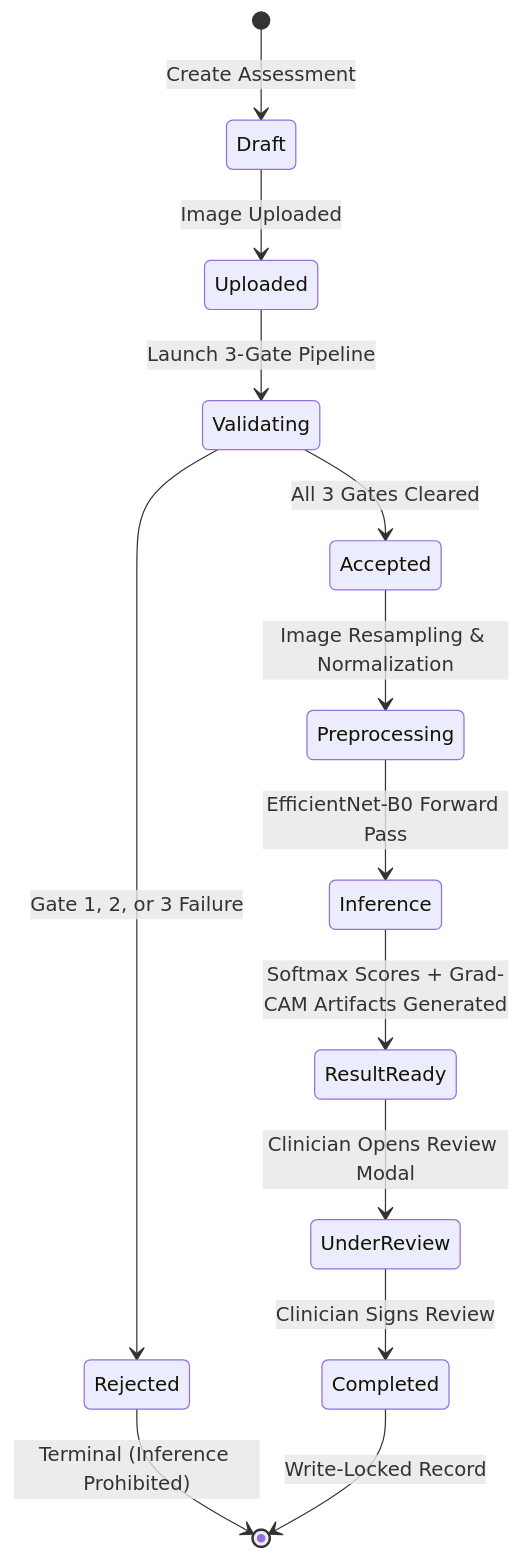
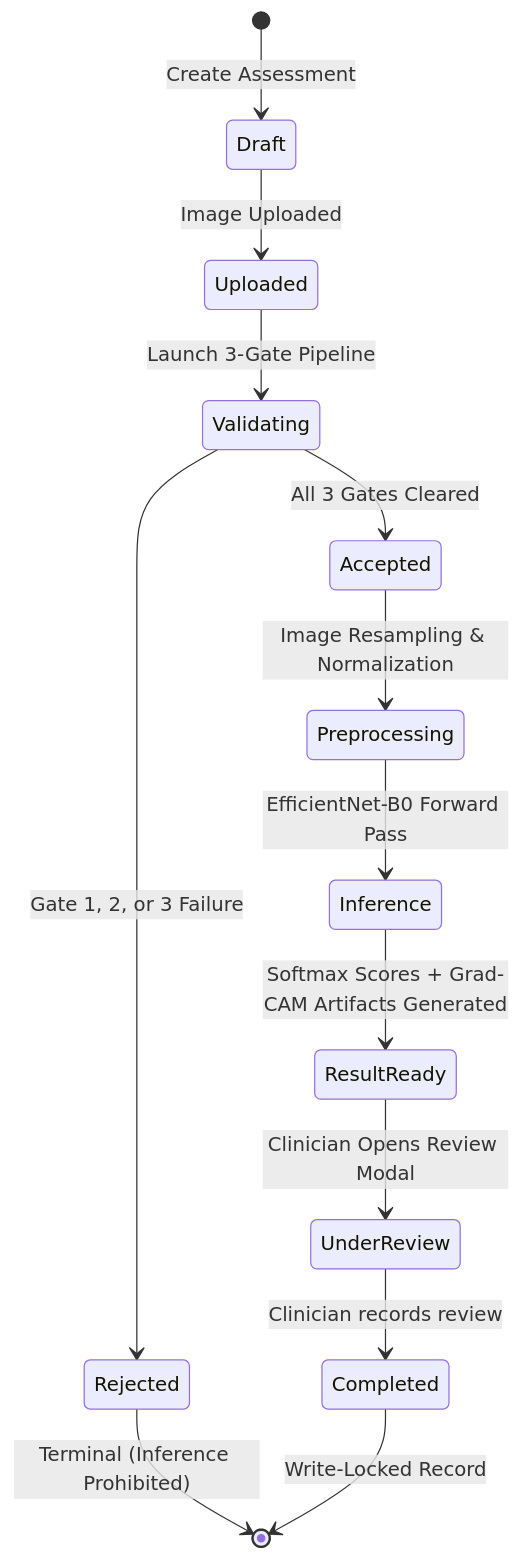
The second of 2 diagrams in docs/chapter4/architecture.md (CloudTechy/diabetic-retinopathy-cdss), drawn with Mermaid before and after one commit. The commit also changed 25 other files, not shown here.

First line of the commit message:
fix(evidence): benchmark summaries match section 1b; result example is the schema; capture script verifies what it photographs [THESIS-QA-71]

````diff
--- a/docs/chapter4/architecture.md
+++ b/docs/chapter4/architecture.md
@@ -119,19 +119,19 @@
 ```mermaid
 stateDiagram-v2
     [*] --> Draft : Create Assessment
     Draft --> Uploaded : Image Uploaded
     Uploaded --> Validating : Launch 3-Gate Pipeline
     
     Validating --> Rejected : Gate 1, 2, or 3 Failure
     Validating --> Accepted : All 3 Gates Cleared
     
     Accepted --> Preprocessing : Image Resampling & Normalization
     Preprocessing --> Inference : EfficientNet-B0 Forward Pass
     Inference --> ResultReady : Softmax Scores + Grad-CAM Artifacts Generated
     
     ResultReady --> UnderReview : Clinician Opens Review Modal
-    UnderReview --> Completed : Clinician Signs Review
+    UnderReview --> Completed : Clinician records review
     
     Rejected --> [*] : Terminal (Inference Prohibited)
     Completed --> [*] : Write-Locked Record
 ```
````
